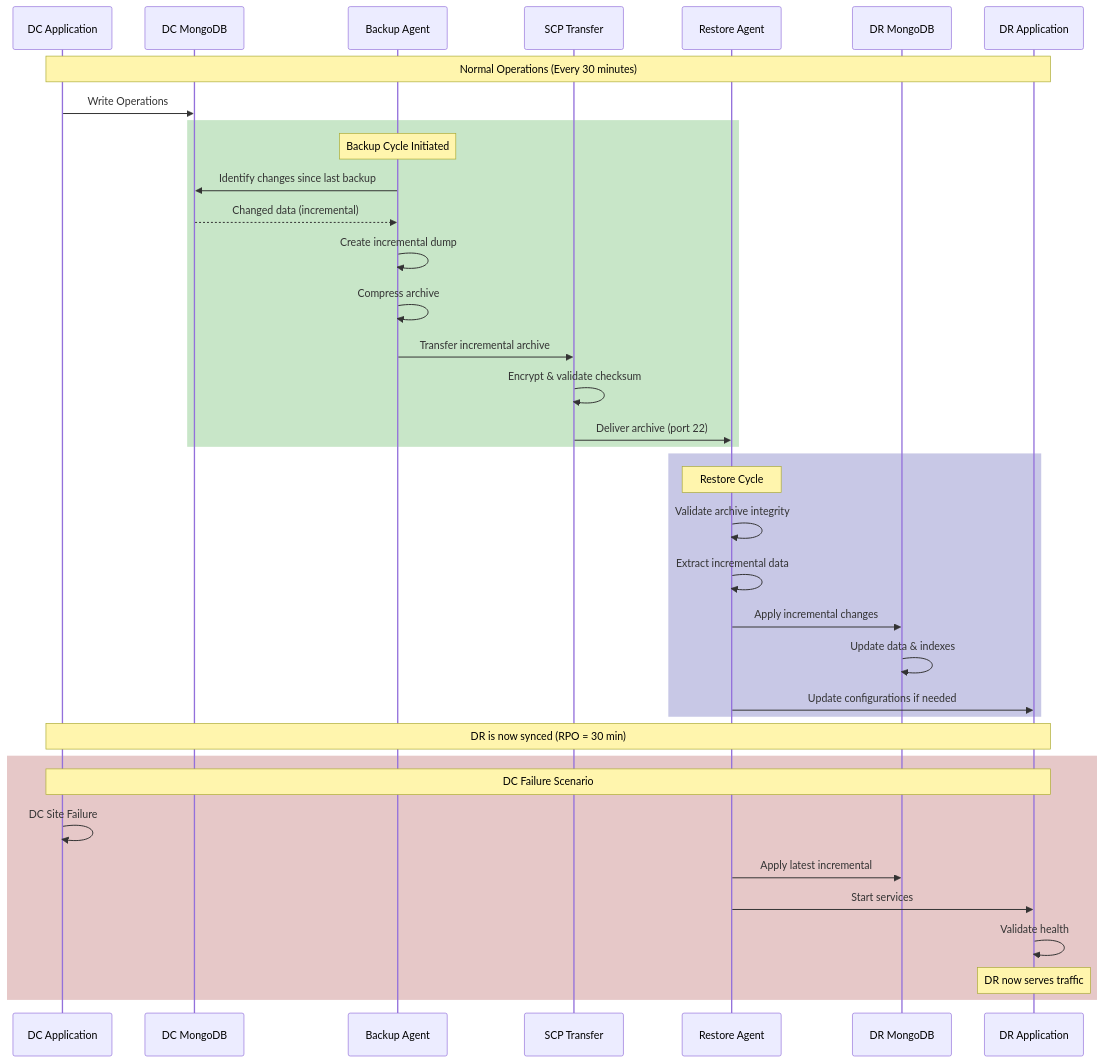
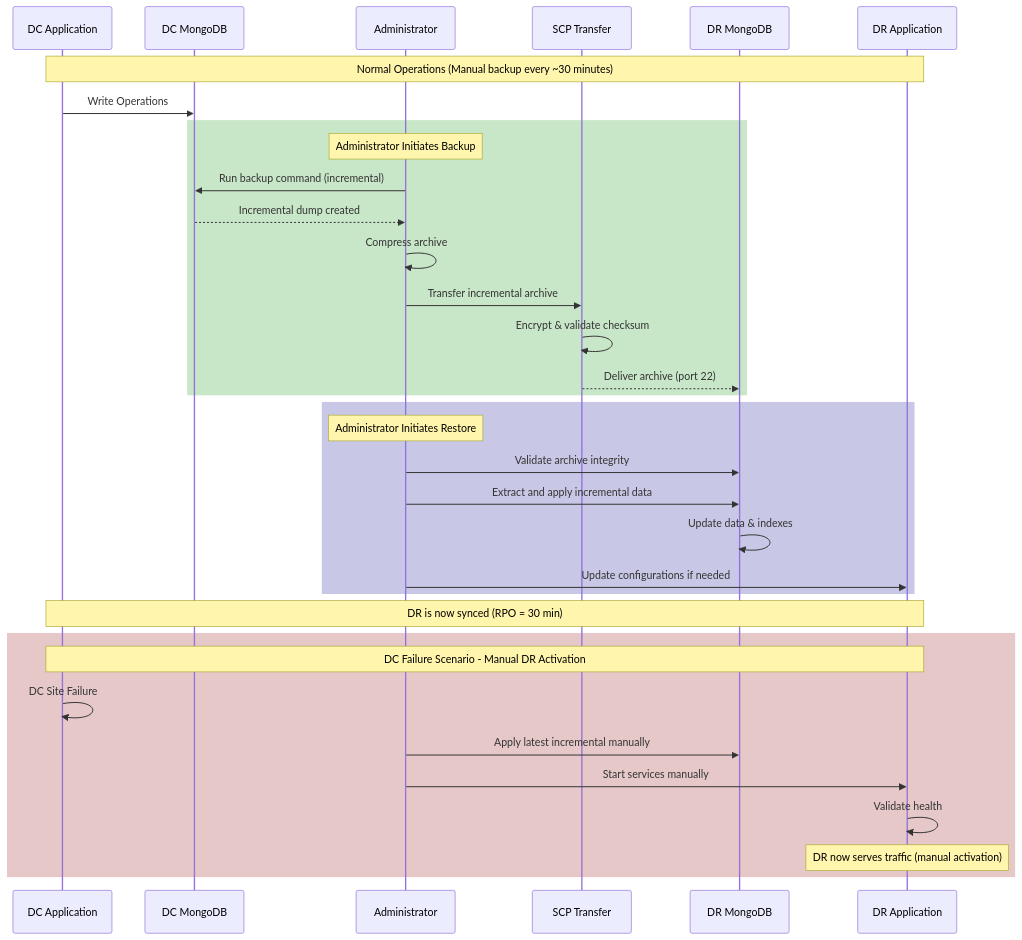
One commit to Vishwa0220/customers-docs changed the third of 11 diagrams in HA_DR_Architecture_Documentation_dt.md. Above: the diagram before and after it, drawn with Mermaid. The commit also changed other lines of this file, not shown here.

````diff
--- a/HA_DR_Architecture_Documentation_dt.md
+++ b/HA_DR_Architecture_Documentation_dt.md
@@ -181,45 +179,42 @@
 ```mermaid
 sequenceDiagram
     participant DC_APP as DC Application
     participant DC_DB as DC MongoDB
-    participant BACKUP as Backup Agent
+    participant ADMIN as Administrator
     participant SCP as SCP Transfer
-    participant RESTORE as Restore Agent
     participant DR_DB as DR MongoDB
     participant DR_APP as DR Application
     
-    Note over DC_APP,DR_APP: Normal Operations (Every 30 minutes)
+    Note over DC_APP,DR_APP: Normal Operations (Manual backup every ~30 minutes)
     
     DC_APP->>DC_DB: Write Operations
     
     rect rgb(200, 230, 200)
-        Note over BACKUP: Backup Cycle Initiated
-        BACKUP->>DC_DB: Identify changes since last backup
-        DC_DB-->>BACKUP: Changed data (incremental)
-        BACKUP->>BACKUP: Create incremental dump
-        BACKUP->>BACKUP: Compress archive
-        BACKUP->>SCP: Transfer incremental archive
+        Note over ADMIN: Administrator Initiates Backup
+        ADMIN->>DC_DB: Run backup command (incremental)
+        DC_DB-->>ADMIN: Incremental dump created
+        ADMIN->>ADMIN: Compress archive
+        ADMIN->>SCP: Transfer incremental archive
         SCP->>SCP: Encrypt & validate checksum
-        SCP->>RESTORE: Deliver archive (port 22)
+        SCP-->>DR_DB: Deliver archive (port 22)
     end
     
     rect rgb(200, 200, 230)
-        Note over RESTORE: Restore Cycle
-        RESTORE->>RESTORE: Validate archive integrity
-        RESTORE->>RESTORE: Extract incremental data
-        RESTORE->>DR_DB: Apply incremental changes
+        Note over ADMIN: Administrator Initiates Restore
+        ADMIN->>DR_DB: Validate archive integrity
+        ADMIN->>DR_DB: Extract and apply incremental data
         DR_DB->>DR_DB: Update data & indexes
-        RESTORE->>DR_APP: Update configurations if needed
+        ADMIN->>DR_APP: Update configurations if needed
     end
     
     Note over DC_APP,DR_APP: DR is now synced (RPO = 30 min)
     
     rect rgb(230, 200, 200)
-        Note over DC_APP,DR_APP: DC Failure Scenario
+        Note over DC_APP,DR_APP: DC Failure Scenario - Manual DR Activation
         DC_APP->>DC_APP: DC Site Failure
-        RESTORE->>DR_DB: Apply latest incremental
-        RESTORE->>DR_APP: Start services
+        ADMIN->>DR_DB: Apply latest incremental manually
+        ADMIN->>DR_APP: Start services manually
         DR_APP->>DR_APP: Validate health
-        Note over DR_APP: DR now serves traffic
+        Note over DR_APP: DR now serves traffic (manual activation)
     end
 ```
````
